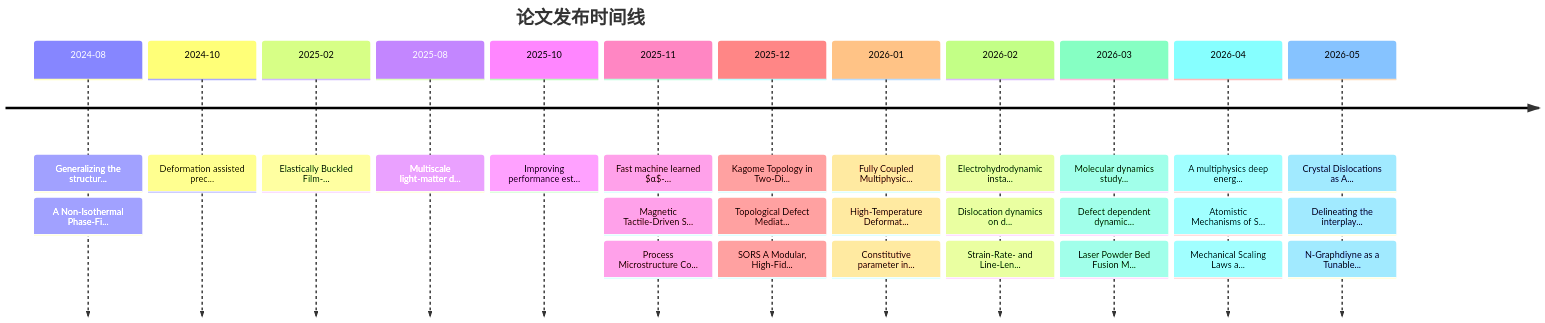
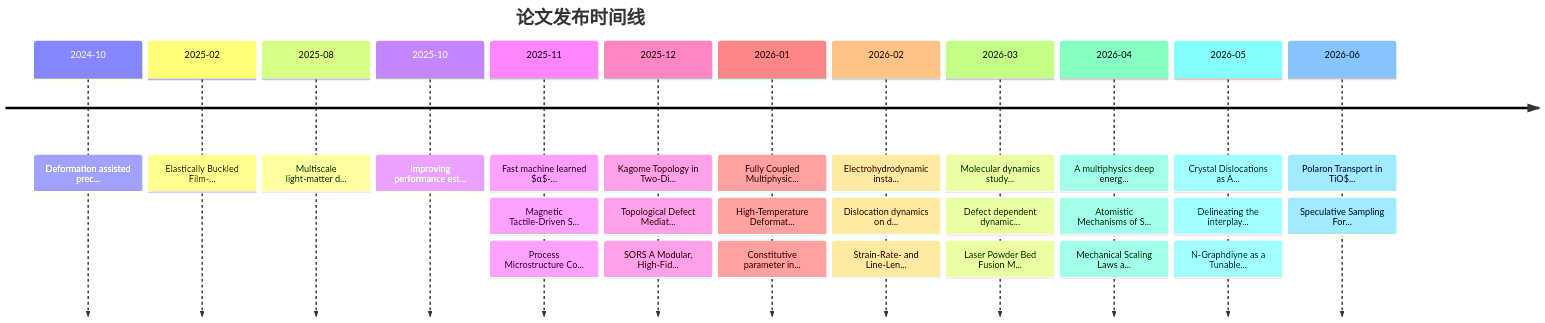
One commit to Shirakawa11111/BJK_readpaper changed the second of 2 diagrams in reports/knowledge_graph.md. Above: the diagram before and after it, drawn with Mermaid. The commit also changed other lines of this file and 11 other files, not shown here.

````diff
--- a/reports/knowledge_graph.md
+++ b/reports/knowledge_graph.md
@@ -119,16 +119,16 @@
 ```mermaid
 timeline
     title 论文发布时间线
-    2024-08 : Generalizing the structur... : A Non-Isothermal Phase-Fi...
     2024-10 : Deformation assisted prec...
     2025-02 : Elastically Buckled Film-...
     2025-08 : Multiscale light-matter d...
     2025-10 : Improving performance est...
     2025-11 : Fast machine learned $α$-... : Magnetic Tactile-Driven S... : Process Microstructure Co...
     2025-12 : Kagome Topology in Two-Di... : Topological Defect Mediat... : SORS A Modular, High-Fid...
     2026-01 : Fully Coupled Multiphysic... : High-Temperature Deformat... : Constitutive parameter in...
     2026-02 : Electrohydrodynamic insta... : Dislocation dynamics on d... : Strain-Rate- and Line-Len...
     2026-03 : Molecular dynamics study... : Defect dependent dynamic... : Laser Powder Bed Fusion M...
     2026-04 : A multiphysics deep energ... : Atomistic Mechanisms of S... : Mechanical Scaling Laws a...
     2026-05 : Crystal Dislocations as A... : Delineating the interplay... : N-Graphdiyne as a Tunable...
+    2026-06 : Polaron Transport in TiO$... : Speculative Sampling For...
 ```
````
